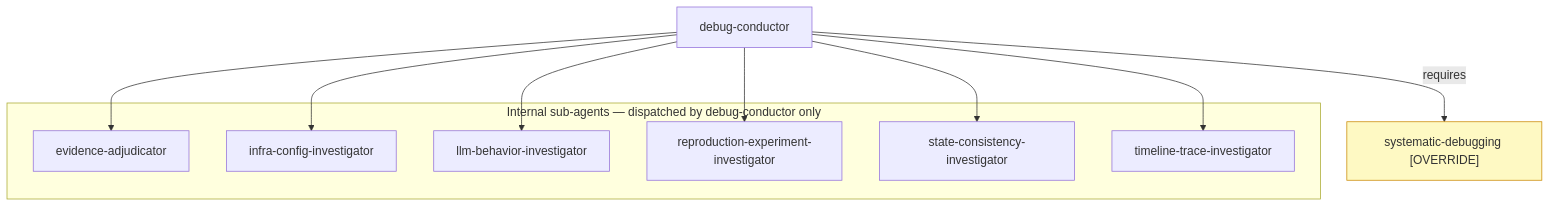
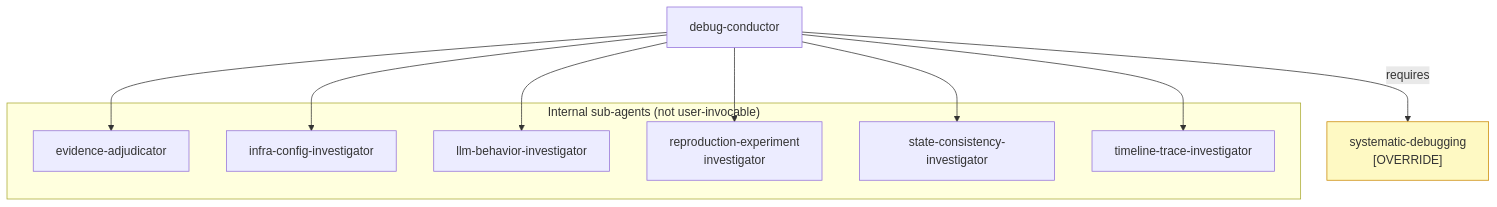
Before and after one commit to bordenet/superpowers-plus: the sixth of 7 diagrams in docs/SKILL_TAXONOMY.md, drawn with Mermaid. The commit also changed other lines of this file and 3 other files, not shown here.

First line of the commit message:
docs: add DESIGN.md and fix mermaid diagrams across docs (#675)

````diff
--- a/docs/SKILL_TAXONOMY.md
+++ b/docs/SKILL_TAXONOMY.md
@@ -202,24 +204,24 @@
 ```mermaid
 flowchart TD
     classDef ovrd fill:#fef9c3,stroke:#ca8a04
 
     DC[debug-conductor]
-    SD["systematic-debugging [OVERRIDE]"]:::ovrd
+    SD["systematic-debugging<br/>[OVERRIDE]"]:::ovrd
     DC -->|requires| SD
 
-    subgraph subs["Internal sub-agents — dispatched by debug-conductor only"]
+    subgraph subs["Internal sub-agents (not user-invocable)"]
         EA[evidence-adjudicator]
         ICI[infra-config-investigator]
         LBI[llm-behavior-investigator]
-        REI[reproduction-experiment-investigator]
+        REI[reproduction-experiment<br/>investigator]
         SCI[state-consistency-investigator]
         TTI[timeline-trace-investigator]
     end
 
     DC --> EA
     DC --> ICI
     DC --> LBI
     DC --> REI
     DC --> SCI
     DC --> TTI
 ```
````
